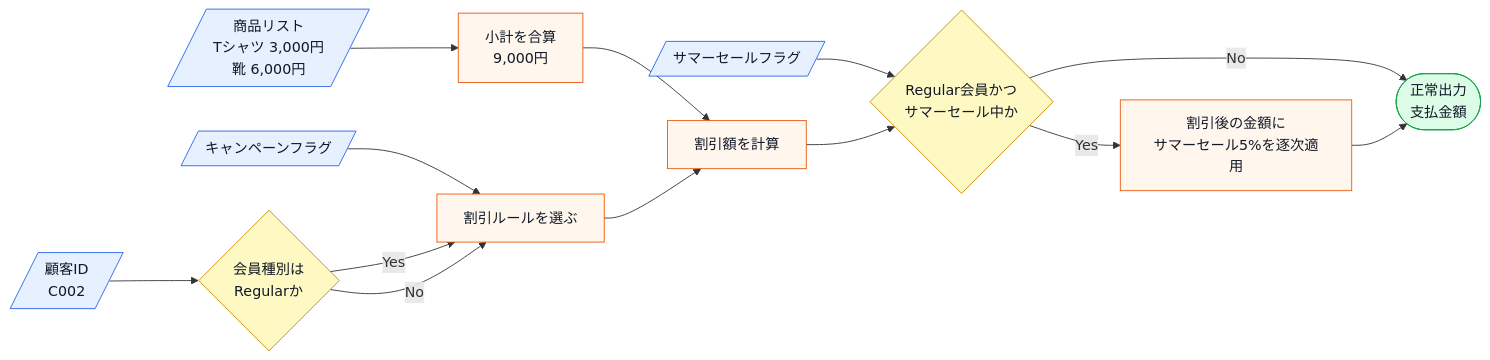
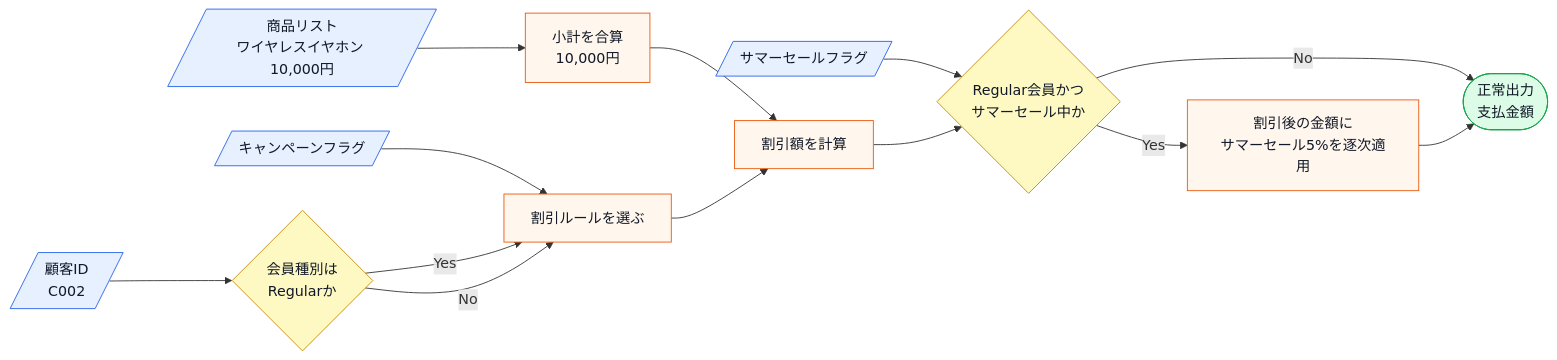
Before and after one commit to kumachan1101-pixel/DesignPattern: the third of 9 diagrams in kindle/design-patterns/output/chapter01.md, drawn with Mermaid. The commit also changed other lines of this file and 1 other file, not shown here.

````diff
--- a/kindle/design-patterns/output/chapter01.md
+++ b/kindle/design-patterns/output/chapter01.md
@@ -614,20 +614,20 @@
 ```mermaid
 flowchart LR
-    A[/商品リスト<br>Tシャツ 3,000円<br>靴 6,000円/]:::input --> G[小計を合算<br>9,000円]:::process
+    A[/商品リスト<br>ワイヤレスイヤホン 10,000円/]:::input --> G[小計を合算<br>10,000円]:::process
     C[/顧客ID<br>C002/]:::input --> D{会員種別は<br>Regularか}:::decision
     E[/キャンペーンフラグ/]:::input --> H[割引ルールを選ぶ]:::process
     S[/サマーセールフラグ/]:::input --> T{Regular会員かつ<br>サマーセール中か}:::decision
     D -->|Yes| H
     D -->|No| H
     G --> I[割引額を計算]:::process
     H --> I
     I --> T
     T -->|Yes| U[割引後の金額に<br>サマーセール5%を逐次適用]:::process
     T -->|No| J([正常出力<br>支払金額]):::normal
     U --> J
 
     classDef input fill:#e7f0ff,stroke:#2563eb,color:#111827;
     classDef process fill:#fff7ed,stroke:#ea580c,color:#111827;
     classDef decision fill:#fef9c3,stroke:#ca8a04,color:#111827;
     classDef normal fill:#dcfce7,stroke:#16a34a,color:#111827;
 ```
````
